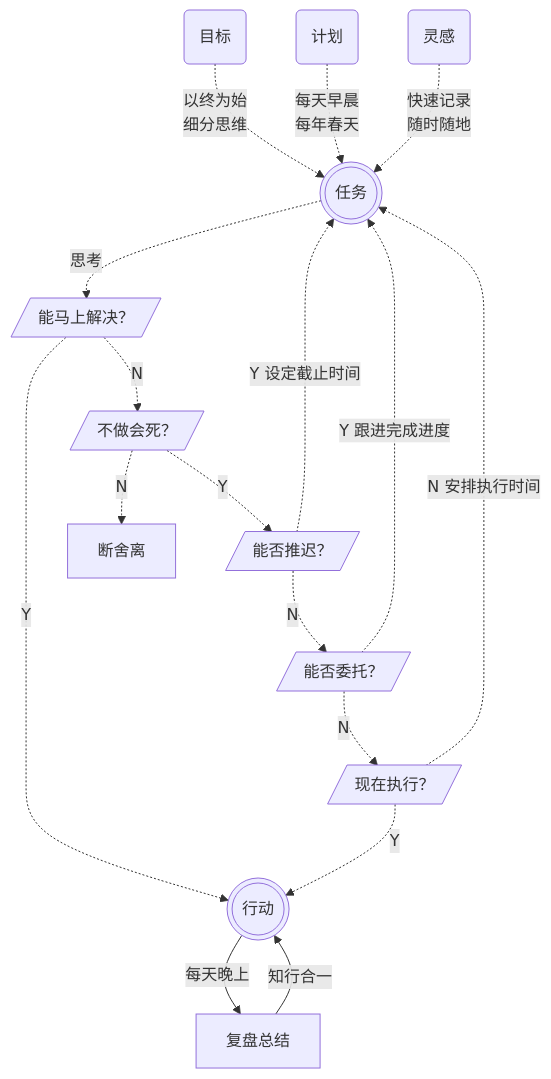
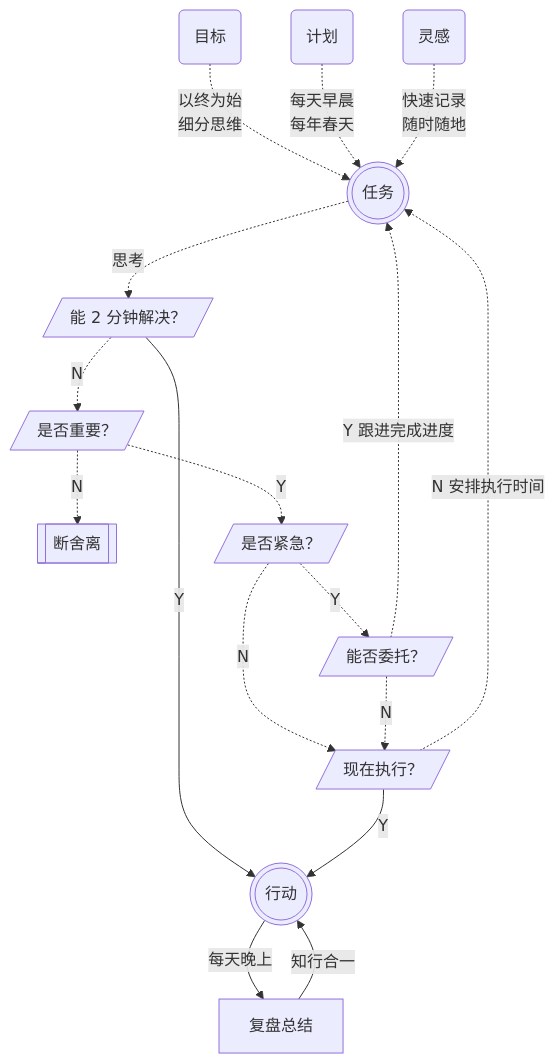
Before and after one commit to sjhfx/linji: the diagram in tech/time.md, drawn with Mermaid.

Commit message:
U 时间管理流程图

````diff
--- a/tech/time.md
+++ b/tech/time.md
@@ -354,19 +354,19 @@
 ```mermaid
 flowchart TD
     N(目标) -.以终为始\n细分思维.-> T
     L(计划) -.每天早晨\n每年春天.-> T
     A(灵感)-.快速记录\n随时随地.-> T(((任务)))
-    T-.思考.-> C[/能马上解决？/]
-    C -.Y.-> D(((行动)))
-    C -.N.-> E[/不做会死？/]
-    E -.N.-> G[断舍离]
-    E -.Y.-> F[/能否推迟？/]
-    F -.Y 设定截止时间.-> T
-    F -.N.-> H[/能否委托？/]
+    T-.思考.-> C[/能 2 分钟解决？/]
+    C --Y--> D(((行动)))
+    C -.N.-> E[/是否重要？/]
+    E -.N.-> G[[断舍离]]
+    E -.Y.-> F[/是否紧急？/]
+    F -.N .-> J
+    F -.Y.-> H[/能否委托？/]
     H -.Y 跟进完成进度.-> T
     H -.N.-> J[/现在执行？/]
-    J -.Y.-> D
+    J --Y--> D
     J -.N 安排执行时间.-> T
     D --每天晚上--> K[复盘总结]
     K --知行合一--> D
 ```
````
